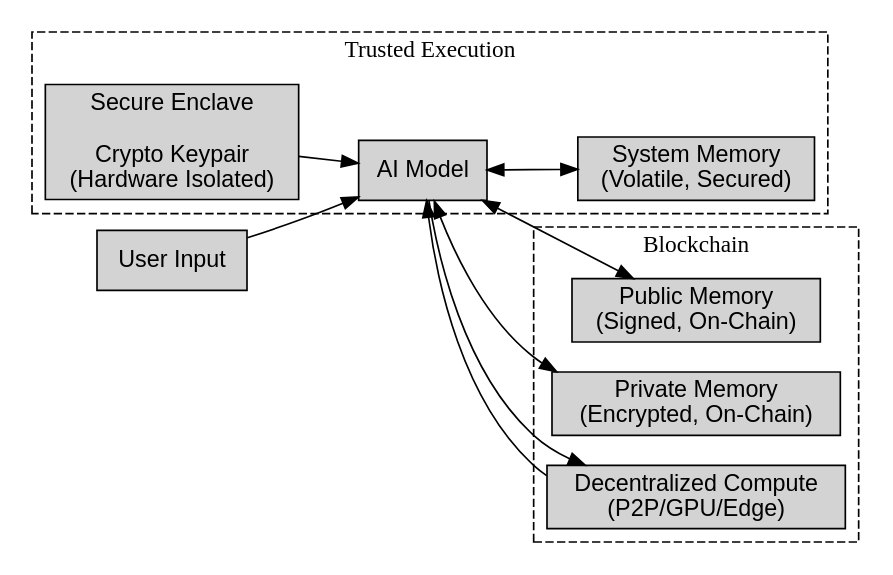
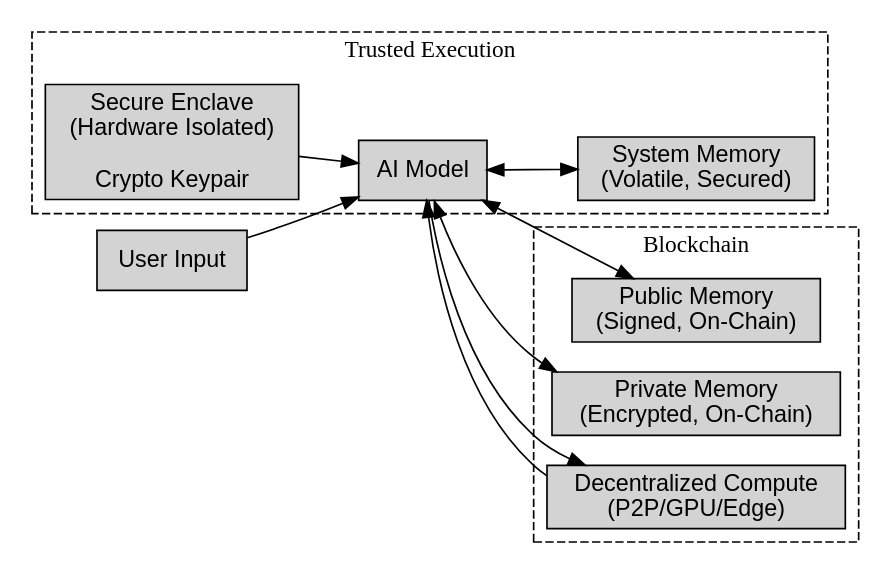
One commit to vitamingum/sovereign-ai changed the diagram in graph.dot. Above: the diagram before and after it, drawn with Graphviz.

```diff
--- a/graph.dot
+++ b/graph.dot
@@ -1,36 +1,36 @@
 digraph SovereignAI {
   rankdir=LR;
   node [shape=box, style=filled, fillcolor=lightgray, fontname=Helvetica];
 
-  SecureEnclave    [label="Secure Enclave\n\nCrypto Keypair\n(Hardware Isolated)"];
+  SecureEnclave    [label="Secure Enclave\n(Hardware Isolated)\n\nCrypto Keypair"];
   AIModel          [label="AI Model"];
   SystemMemory     [label="System Memory\n(Volatile, Secured)"];
   PublicMemory     [label="Public Memory\n(Signed, On-Chain)"];
   PrivateMemory    [label="Private Memory\n(Encrypted, On-Chain)"];
   DecentralizedNet [label="Decentralized Compute\n(P2P/GPU/Edge)"];
   UserInput        [label="User Input"];
 
   UserInput -> AIModel;
   SecureEnclave -> AIModel;
   AIModel -> SystemMemory [dir=both];
   AIModel -> PublicMemory [dir=both];
   AIModel -> PrivateMemory [dir=both];
   AIModel -> DecentralizedNet;
   DecentralizedNet -> AIModel;
 
   subgraph cluster_secure {
     label = "Trusted Execution";
     style = dashed;
     SecureEnclave;
     AIModel;
     SystemMemory;
   }
 
   subgraph cluster_external {
     label = "Blockchain";
     style = dashed;
     PublicMemory;
     PrivateMemory;
     DecentralizedNet;
   }
 }
```
